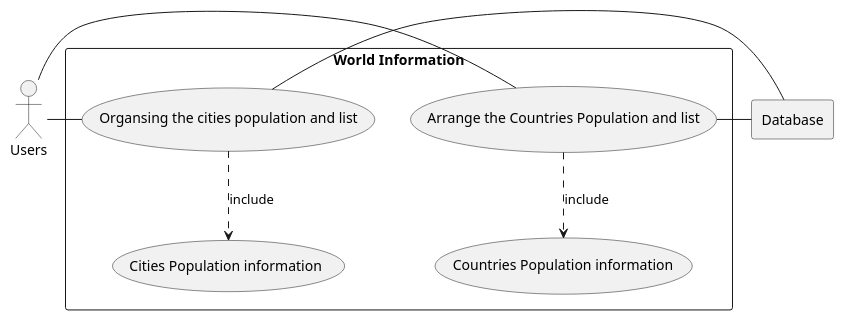
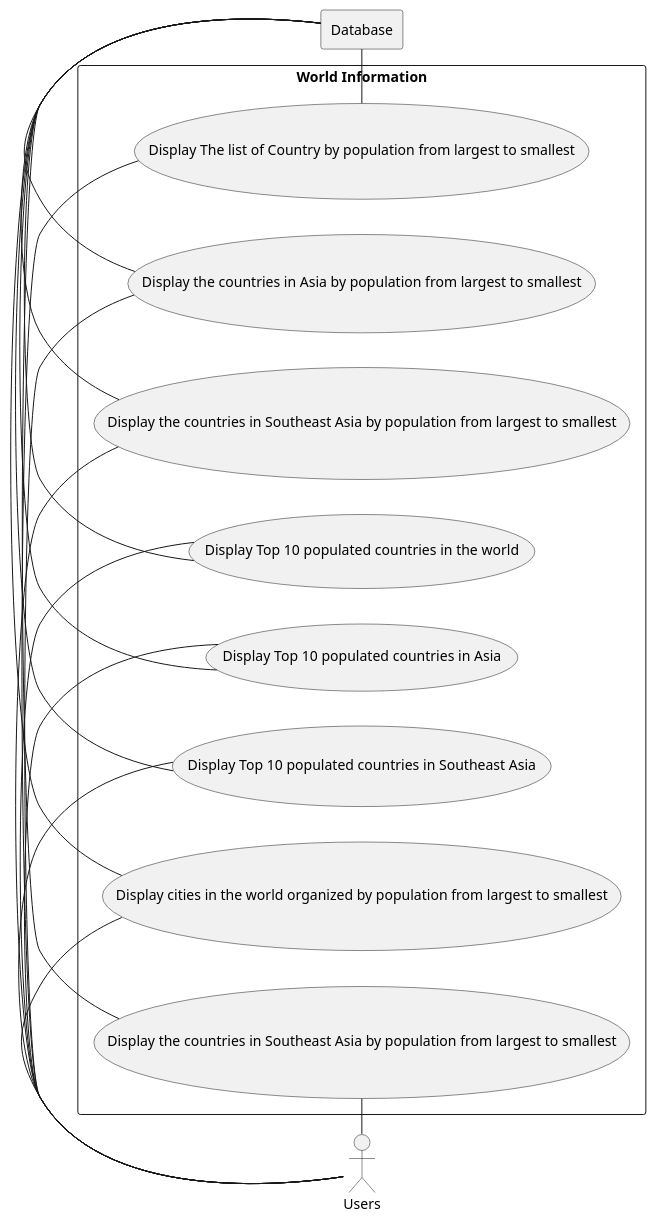
The diagram in use-cases/World.puml (Group-6-DevOps/Group6), drawn with PlantUML before and after one commit. The commit also changed 1 other file, not shown here.

Commit message:
Use-case diagram modified

```diff
--- a/use-cases/World.puml
+++ b/use-cases/World.puml
@@ -1,25 +1,42 @@
 @startuml
 
 actor Users as "Users"
-
+left to right direction
 rectangle Database
 
 rectangle "World Information" {
-    usecase UC1 as "Arrange the Countries Population and list"
+    usecase UC1 as "Display The list of Country by population from largest to smallest"
+    Users - UC1
+    UC1 - Database
 
-    usecase UCa as "Countries Population information"
+    usecase UC2 as "Display the countries in Asia by population from largest to smallest"
+    Users - UC2
+    UC2 - Database
 
-    Users - UC1
-    UC1 ..> UCa : include
-    UC1 - Database
+    usecase UC3 as "Display the countries in Southeast Asia by population from largest to smallest"
+    Users - UC3
+    UC3 - Database
+
+    usecase UC4 as "Display Top 10 populated countries in the world"
+    Users - UC4
+    UC4 - Database
+
+    usecase UC5 as "Display Top 10 populated countries in Asia"
+    Users - UC5
+    UC5 - Database
+
+    usecase UC6 as "Display Top 10 populated countries in Southeast Asia"
+    Users - UC6
+    UC6 - Database
+
+    usecase UC7 as "Display cities in the world organized by population from largest to smallest"
+    Users - UC7
+    UC7 - Database
+
+    usecase UC8 as "Display the countries in Southeast Asia by population from largest to smallest"
+    Users - UC8
+    UC8 - Database
+
 }
-rectangle "World Information" {
-    usecase UC2 as "Organsing the cities population and list"
 
-    usecase UCb as "Cities Population information"
-
-    Users - UC2
-    UC2 ..> UCb : include
-    UC2 - Database
-}
 @enduml
```
